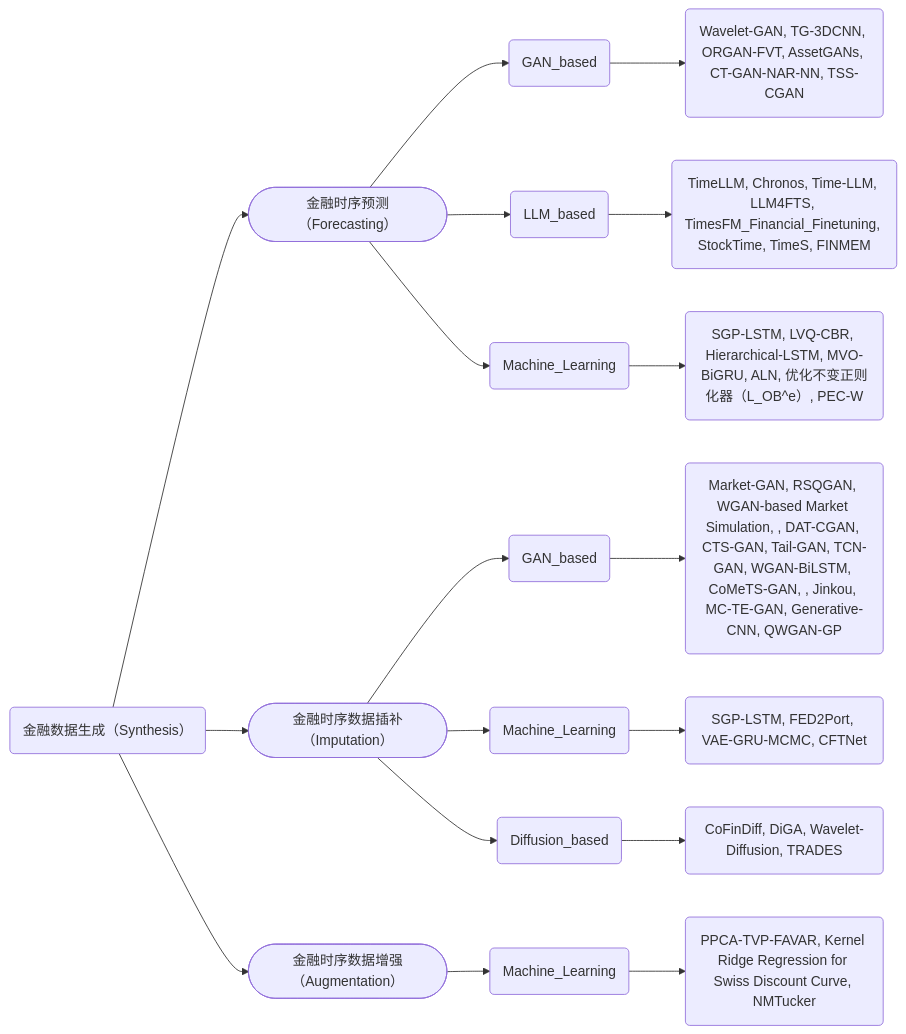
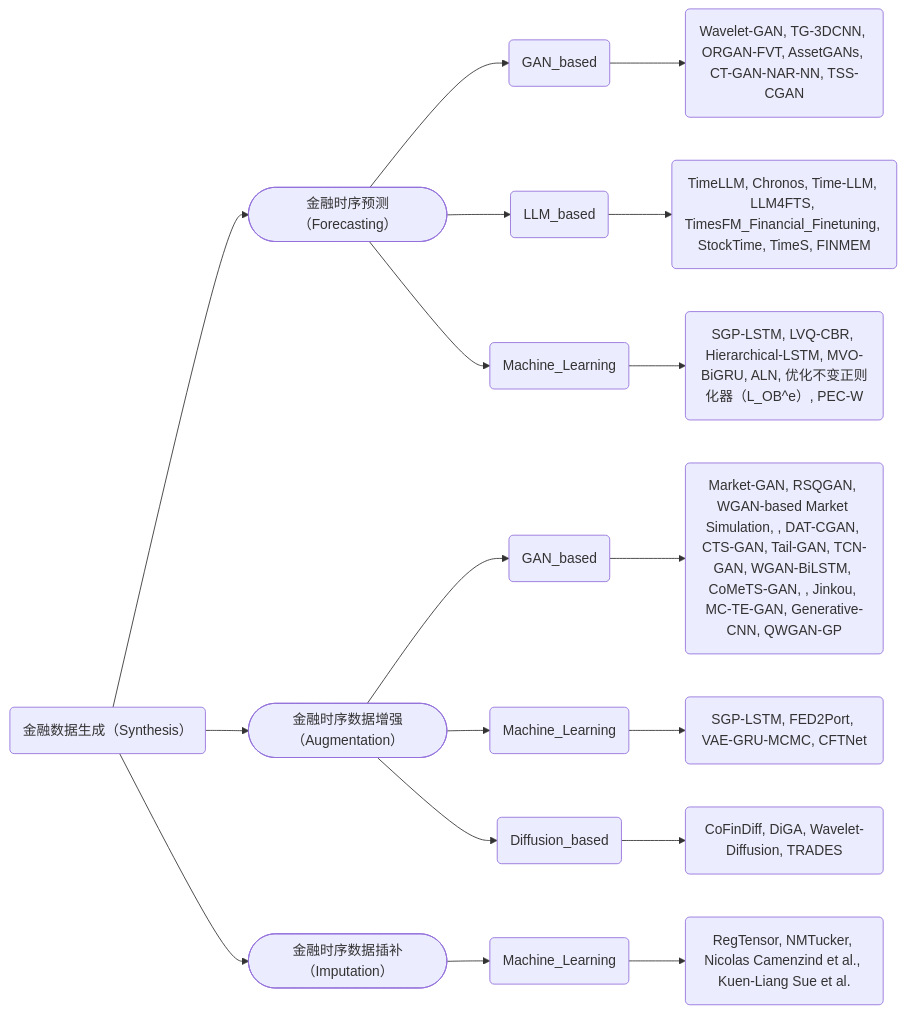
Before and after one commit to Lafitte1573/Awesome-FinTS-Generation: the diagram in README.md, drawn with Mermaid. The commit also changed other lines of this file, not shown here.

````diff
--- a/README.md
+++ b/README.md
@@ -26,13 +26,13 @@
 ```mermaid
 graph LR
     A(金融数据生成（Synthesis）) --> B([金融时序预测（Forecasting）])
     B --> B1(GAN_based) --> C1(Wavelet-GAN, TG-3DCNN, ORGAN-FVT, AssetGANs, CT-GAN-NAR-NN, TSS-CGAN)
     B --> B2(LLM_based) --> C2(TimeLLM, Chronos, Time-LLM, LLM4FTS, TimesFM_Financial_Finetuning, StockTime, TimeS, FINMEM)
     B --> B3(Machine_Learning) --> C3(SGP-LSTM, LVQ-CBR, Hierarchical-LSTM, MVO-BiGRU, ALN, 优化不变正则化器（L_OB^e）, PEC-W)
-    A --> C([金融时序数据插补（Imputation）])
+    A --> C([金融时序数据增强（Augmentation）])
     C --> D1(GAN_based) --> E1(Market-GAN, RSQGAN, WGAN-based Market Simulation, , DAT-CGAN, CTS-GAN, Tail-GAN, TCN-GAN, WGAN-BiLSTM, CoMeTS-GAN, , Jinkou, MC-TE-GAN, Generative-CNN, QWGAN-GP)
     C --> D2(Machine_Learning) --> E2(SGP-LSTM, FED2Port, VAE-GRU-MCMC, CFTNet)
     C --> D3(Diffusion_based) --> E3(CoFinDiff, DiGA, Wavelet-Diffusion, TRADES)
-    A --> D([金融时序数据增强（Augmentation）])
-    D --> E(Machine_Learning) --> F1(PPCA-TVP-FAVAR, Kernel Ridge Regression for Swiss Discount Curve, NMTucker)
+    A --> D([金融时序数据插补（Imputation）])
+    D --> E(Machine_Learning) --> F1(RegTensor, NMTucker, Nicolas Camenzind et al., Kuen-Liang Sue et al.)
 ```
````
